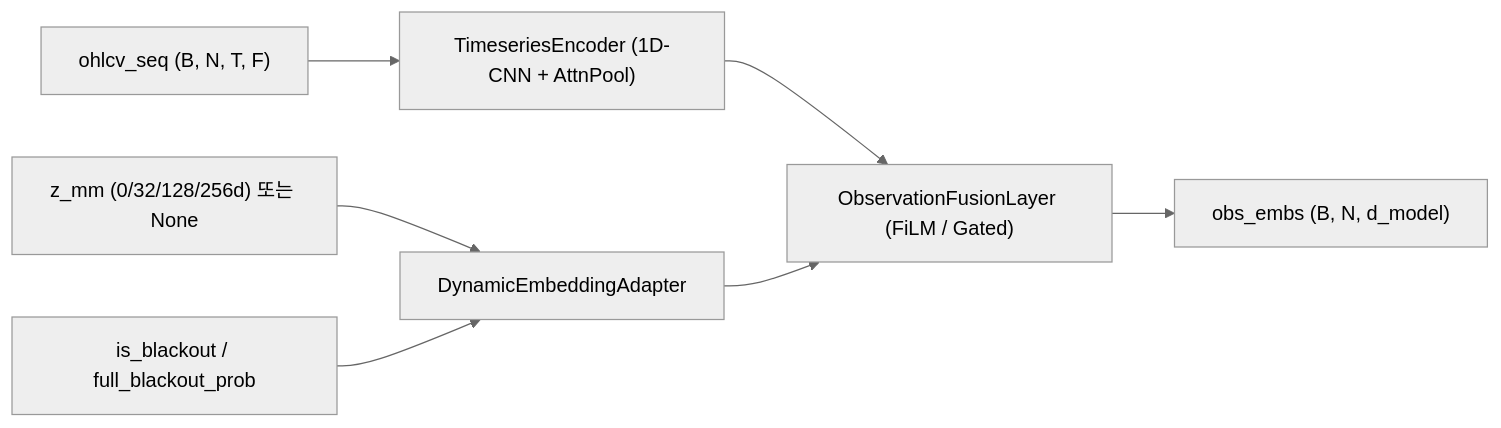
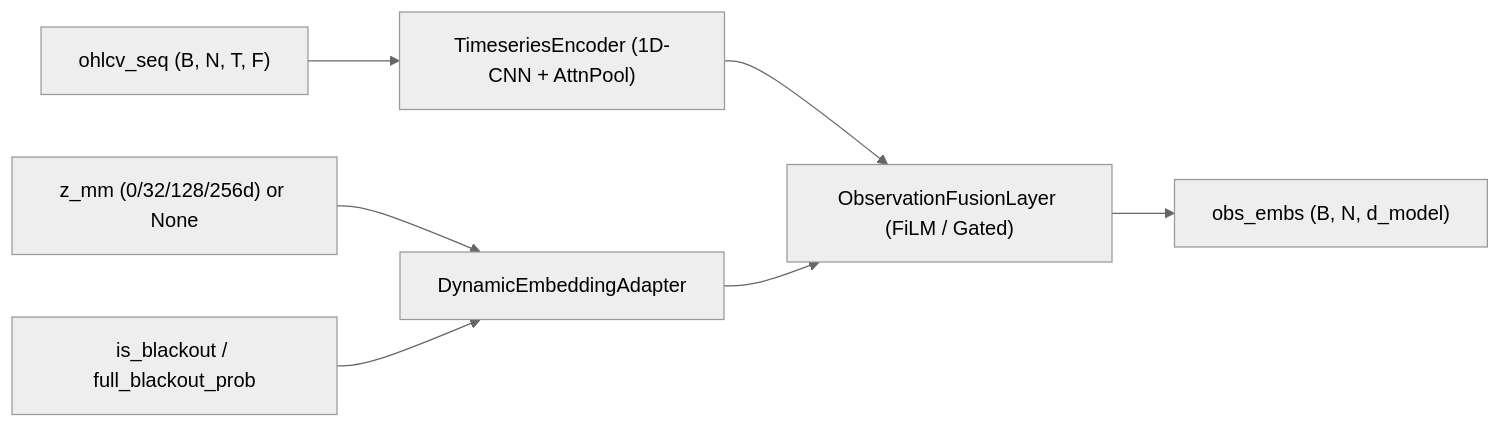
One commit to zerostreet/zerosteer changed the diagram in openwiki/architecture/backbone-and-adapters.md. Above: the diagram before and after it, drawn with Mermaid (neutral theme). The commit also changed other lines of this file and 10 other files, not shown here.

````diff
--- a/openwiki/architecture/backbone-and-adapters.md
+++ b/openwiki/architecture/backbone-and-adapters.md
@@ -29,9 +39,9 @@
 ```mermaid
 flowchart LR
     OHLCV["ohlcv_seq (B, N, T, F)"] --> TS["TimeseriesEncoder (1D-CNN + AttnPool)"]
-    ZMM["z_mm (0/32/128/256d) 또는 None"] --> DEA["DynamicEmbeddingAdapter"]
+    ZMM["z_mm (0/32/128/256d) or None"] --> DEA["DynamicEmbeddingAdapter"]
     BLK["is_blackout / full_blackout_prob"] --> DEA
     TS --> FUSE["ObservationFusionLayer (FiLM / Gated)"]
     DEA --> FUSE
     FUSE --> OBS["obs_embs (B, N, d_model)"]
 ```
````
